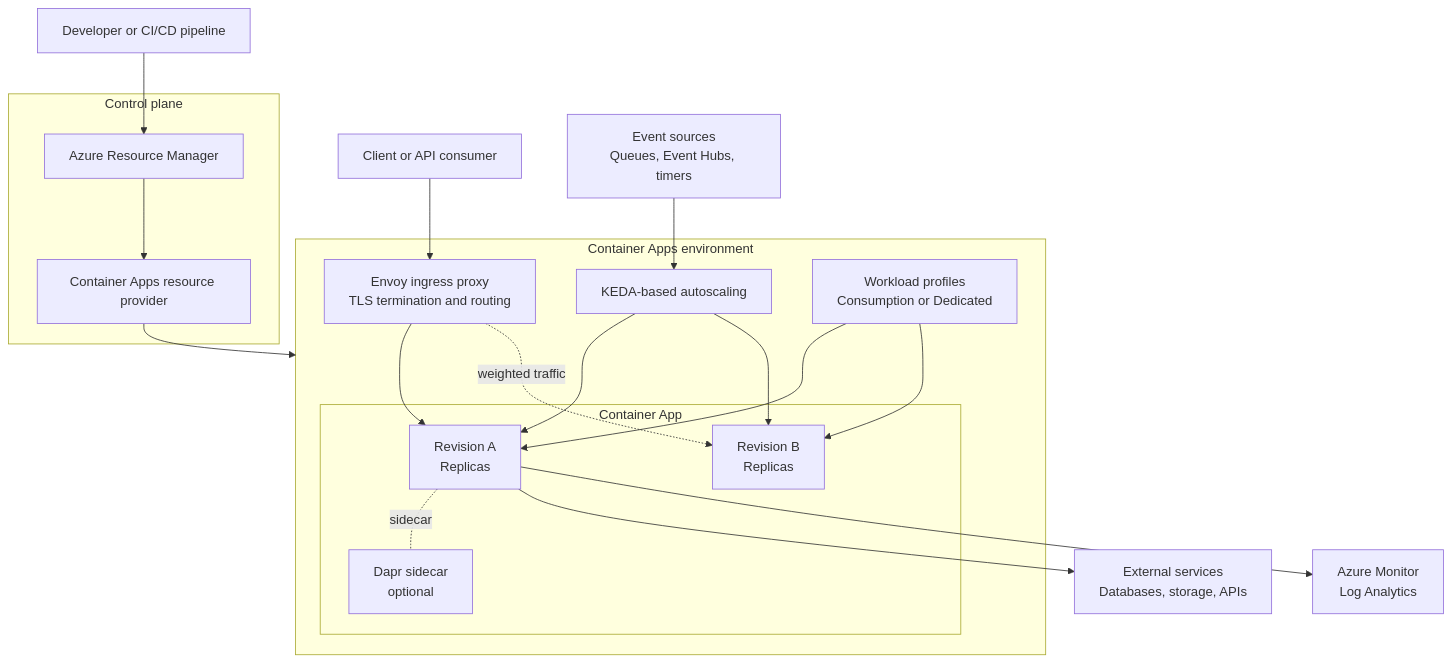
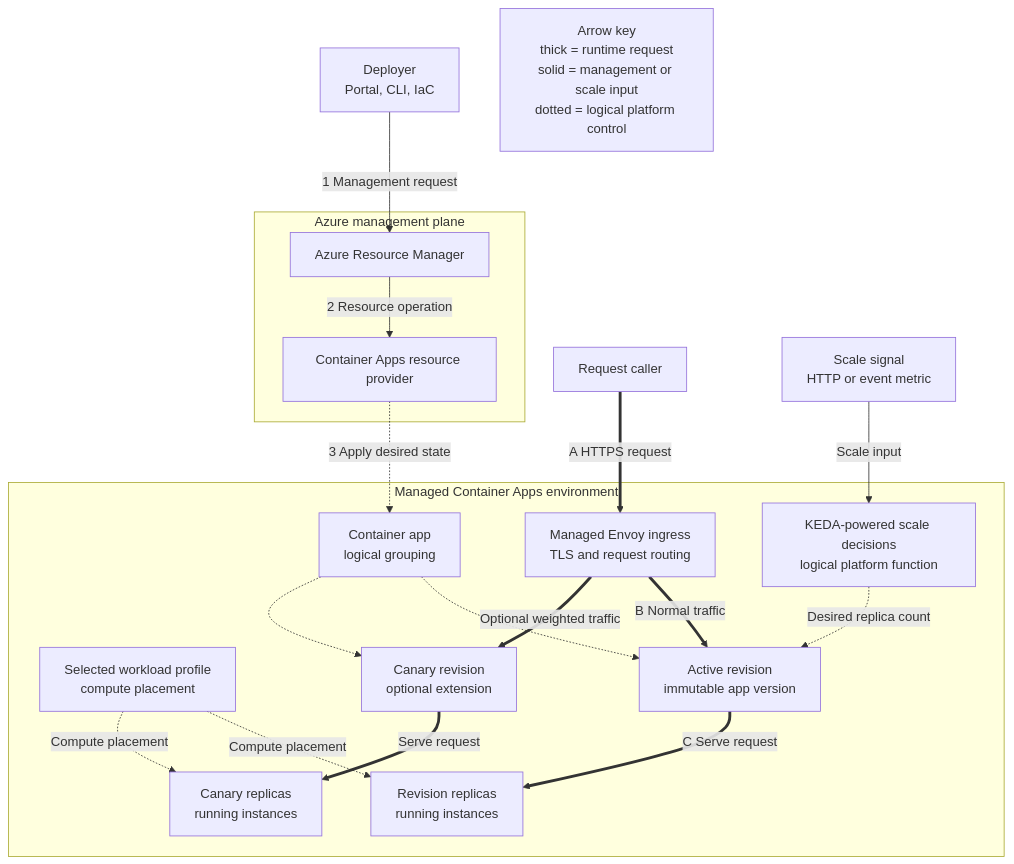
The first of 2 diagrams in docs/platform/architecture/index.md (yeongseon/azure-container-apps-practical-guide), drawn with Mermaid before and after one commit. The commit also changed other lines of this file and 3 other files, not shown here.

First line of the commit message:
feat(diagrams): adopt the ACA base topology for the architecture overview (#588)

````diff
--- a/docs/platform/architecture/index.md
+++ b/docs/platform/architecture/index.md
@@ -47,40 +58,45 @@
 ```mermaid
 flowchart TD
-    Deploy["Developer or CI/CD pipeline"]
-    Client["Client or API consumer"]
-    Events["Event sources<br/>Queues, Event Hubs, timers"]
+    accTitle: Azure Container Apps logical base topology
+    accDescr: Management requests pass through Azure Resource Manager and the Container Apps resource provider. In the managed environment, Envoy ingress routes requests to active revisions and their replicas, while KEDA-powered scale decisions change replica count within the selected workload profile.
 
-    subgraph Control["Control plane"]
+    DEPLOYER["Deployer<br/>Portal, CLI, IaC"]
+    CLIENT["Request caller"]
+    SIGNAL["Scale signal<br/>HTTP or event metric"]
+
+    subgraph MGMT["Azure management plane"]
         ARM["Azure Resource Manager"]
         RP["Container Apps resource provider"]
     end
 
-    subgraph Env["Container Apps environment"]
-        Ingress["Envoy ingress proxy<br/>TLS termination and routing"]
-        Scale["KEDA-based autoscaling"]
-        Profiles["Workload profiles<br/>Consumption or Dedicated"]
-
-        subgraph App["Container App"]
-            RevA["Revision A<br/>Replicas"]
-            RevB["Revision B<br/>Replicas"]
-            Dapr["Dapr sidecar<br/>optional"]
-        end
+    subgraph ENV["Managed Container Apps environment"]
+        INGRESS["Managed Envoy ingress<br/>TLS and request routing"]
+        PROFILES["Selected workload profile<br/>compute placement"]
+        SCALE["KEDA-powered scale decisions<br/>logical platform function"]
+        APP["Container app<br/>logical grouping"]
+        REV_ACTIVE["Active revision<br/>immutable app version"]
+        REPLICAS["Revision replicas<br/>running instances"]
+        REV_CANARY["Canary revision<br/>optional extension"]
+        CANARY_REPLICAS["Canary replicas<br/>running instances"]
     end
 
-    Logs["Azure Monitor<br/>Log Analytics"]
-    Services["External services<br/>Databases, storage, APIs"]
+    DEPLOYER -->|"1  Management request"| ARM
+    ARM -->|"2  Resource operation"| RP
+    RP -.->|"3  Apply desired state"| APP
 
-    Deploy --> ARM --> RP
-    RP --> Env
-    Client --> Ingress
-    Ingress --> RevA
-    Ingress -. "weighted traffic" .-> RevB
-    Events --> Scale
-    Scale --> RevA
-    Scale --> RevB
-    Profiles --> RevA
-    Profiles --> RevB
-    RevA -. "sidecar" .- Dapr
-    RevA --> Services
-    RevA --> Logs
+    CLIENT ==>|"A  HTTPS request"| INGRESS
+    INGRESS ==>|"B  Normal traffic"| REV_ACTIVE
+    REV_ACTIVE ==>|"C  Serve request"| REPLICAS
+
+    INGRESS ==>|"Optional weighted traffic"| REV_CANARY
+    REV_CANARY ==>|"Serve request"| CANARY_REPLICAS
+
+    SIGNAL -->|"Scale input"| SCALE
+    SCALE -.->|"Desired replica count"| REV_ACTIVE
+    PROFILES -.->|"Compute placement"| REPLICAS
+    PROFILES -.->|"Compute placement"| CANARY_REPLICAS
+    APP -.-> REV_ACTIVE
+    APP -.-> REV_CANARY
+
+    LEGEND["Arrow key<br/>thick = runtime request<br/>solid = management or scale input<br/>dotted = logical platform control"]
 ```
````
